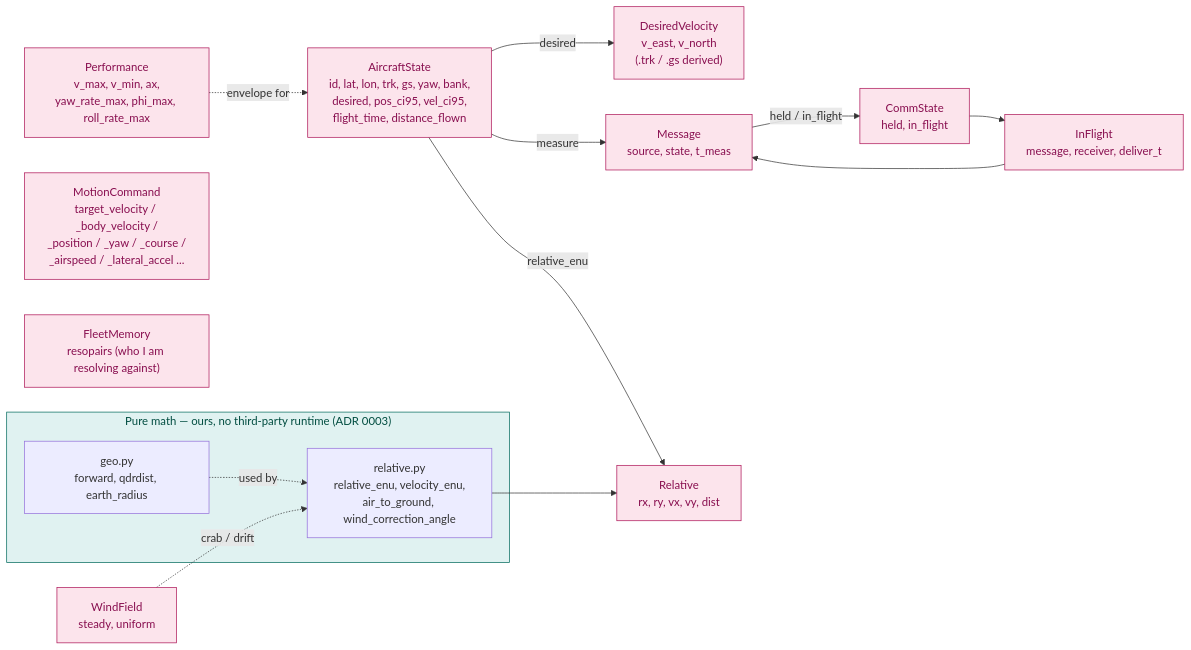
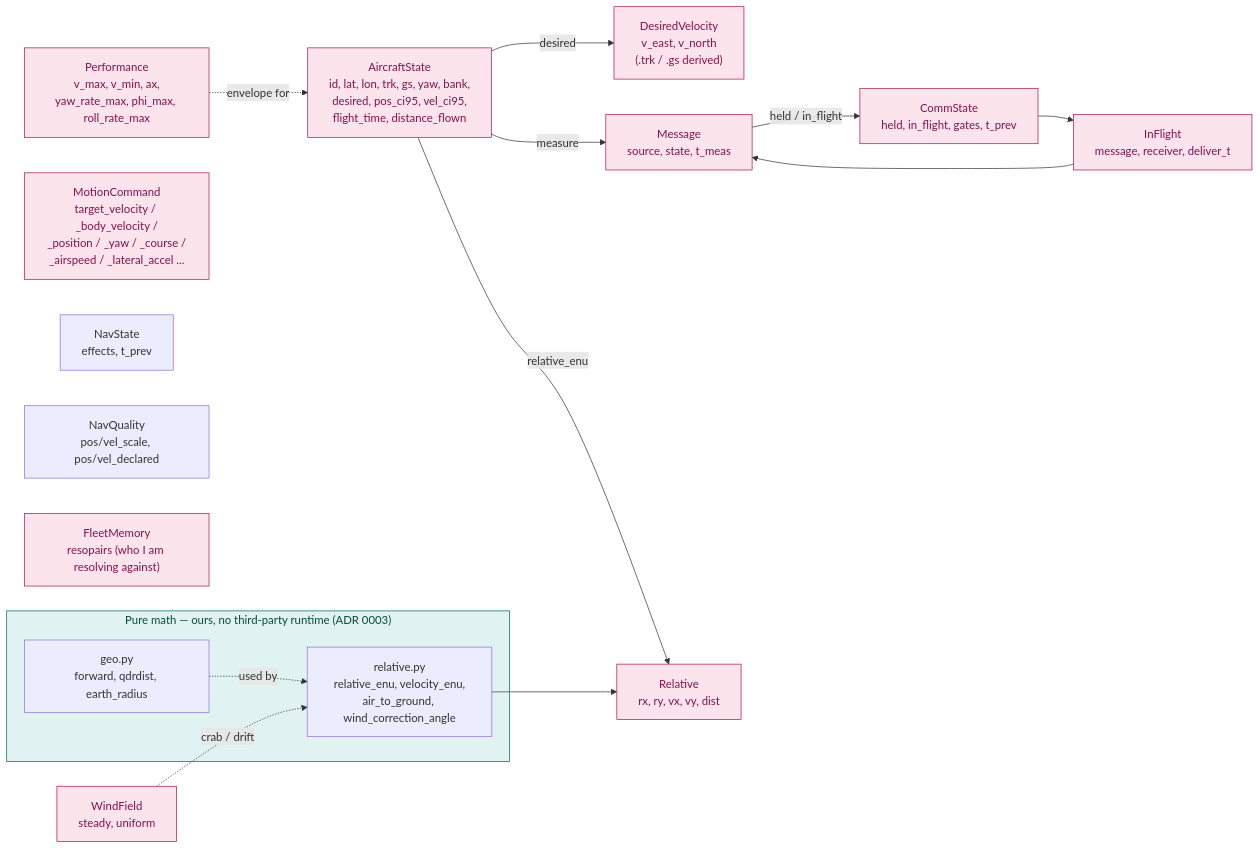
One commit to fazlurnu/OpenCDaRR changed the fifth of 5 diagrams in vault/architecture-dataflow.md. Above: the diagram before and after it, drawn with Mermaid. The commit also changed other lines of this file and 39 other files, not shown here.

Commit message:
update the comm and nav done

````diff
--- a/vault/architecture-dataflow.md
+++ b/vault/architecture-dataflow.md
@@ -307,34 +311,36 @@
 ```mermaid
 flowchart LR
     AS["AircraftState<br/>id, lat, lon, trk, gs, yaw, bank,<br/>desired, pos_ci95, vel_ci95,<br/>flight_time, distance_flown"]
     DV["DesiredVelocity<br/>v_east, v_north<br/>(.trk / .gs derived)"]
     CMD["MotionCommand<br/>target_velocity / _body_velocity /<br/>_position / _yaw / _course /<br/>_airspeed / _lateral_accel ..."]
     MSG["Message<br/>source, state, t_meas"]
-    CS["CommState<br/>held, in_flight"]
+    CS["CommState<br/>held, in_flight, gates, t_prev"]
+    NS["NavState<br/>effects, t_prev"]
+    NQ["NavQuality<br/>pos/vel_scale, pos/vel_declared"]
     IF["InFlight<br/>message, receiver, deliver_t"]
     FM["FleetMemory<br/>resopairs (who I am resolving against)"]
     REL["Relative<br/>rx, ry, vx, vy, dist"]
     PERF["Performance<br/>v_max, v_min, ax,<br/>yaw_rate_max, phi_max, roll_rate_max"]
     WFv["WindField<br/>steady, uniform"]
 
     AS -->|desired| DV
     AS -->|measure| MSG
     MSG -->|held / in_flight| CS
     CS --> IF
     IF --> MSG
     AS -->|relative_enu| REL
     PERF -. envelope for .-> AS
 
     subgraph geo_km["Pure math — ours, no third-party runtime (ADR 0003)"]
         GEO["geo.py<br/>forward, qdrdist, earth_radius"]
         KM["relative.py<br/>relative_enu, velocity_enu,<br/>air_to_ground, wind_correction_angle"]
     end
     KM --> REL
     GEO -. used by .-> KM
     WFv -. crab / drift .-> KM
 
     classDef val fill:#fce4ec,stroke:#ad1457,color:#880e4f
     classDef math fill:#e0f2f1,stroke:#00695c,color:#004d40
     class AS,DV,CMD,MSG,CS,IF,FM,REL,PERF,WFv val
     class geo_km math
 ```
````
